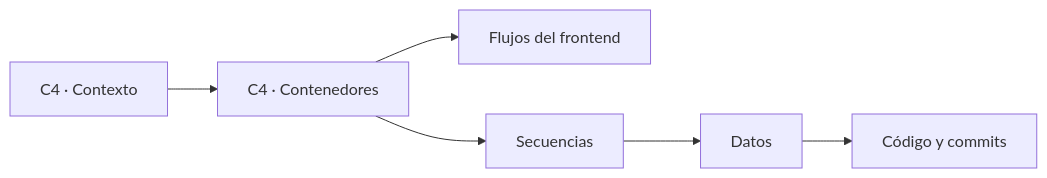
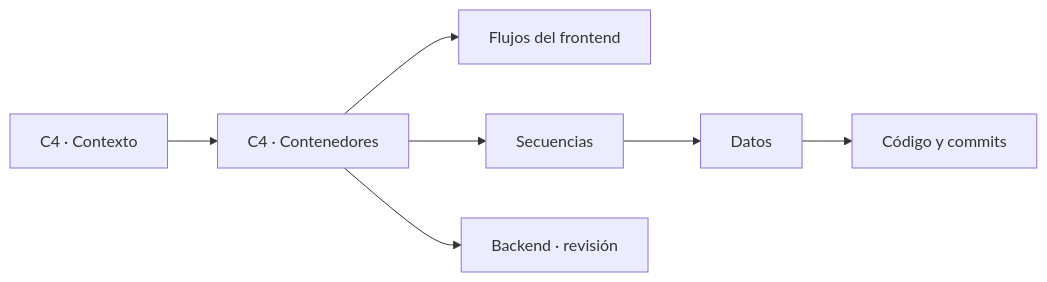
The diagram in docs/00-overview.md (gagonzalez1/puntazo-docs), drawn with Mermaid before and after one commit. The commit also changed other lines of this file and 23 other files, not shown here.

````diff
--- a/docs/00-overview.md
+++ b/docs/00-overview.md
@@ -18,22 +19,25 @@
 ```mermaid
 flowchart LR
     CTX["C4 · Contexto"]
     CNT["C4 · Contenedores"]
     FEF["Flujos del frontend"]
     SEQ["Secuencias"]
     DATA["Datos"]
     REF["Código y commits"]
+    BE["Backend · revisión"]
 
     CTX --> CNT
+    CNT --> BE
     CNT --> FEF
     CNT --> SEQ
     SEQ --> DATA
     DATA --> REF
 
     click CTX href "#/c4-context" "Abrir contexto"
     click CNT href "#/c4-containers" "Abrir contenedores"
     click FEF href "#/frontend-flows" "Abrir flujos"
     click SEQ href "#/sequences" "Abrir secuencias"
     click DATA href "#/data-current" "Abrir datos"
     click REF href "#/documented-commits" "Abrir referencias"
+    click BE href "#/backend-review-index" "Abrir revisión del backend"
 ```
````
